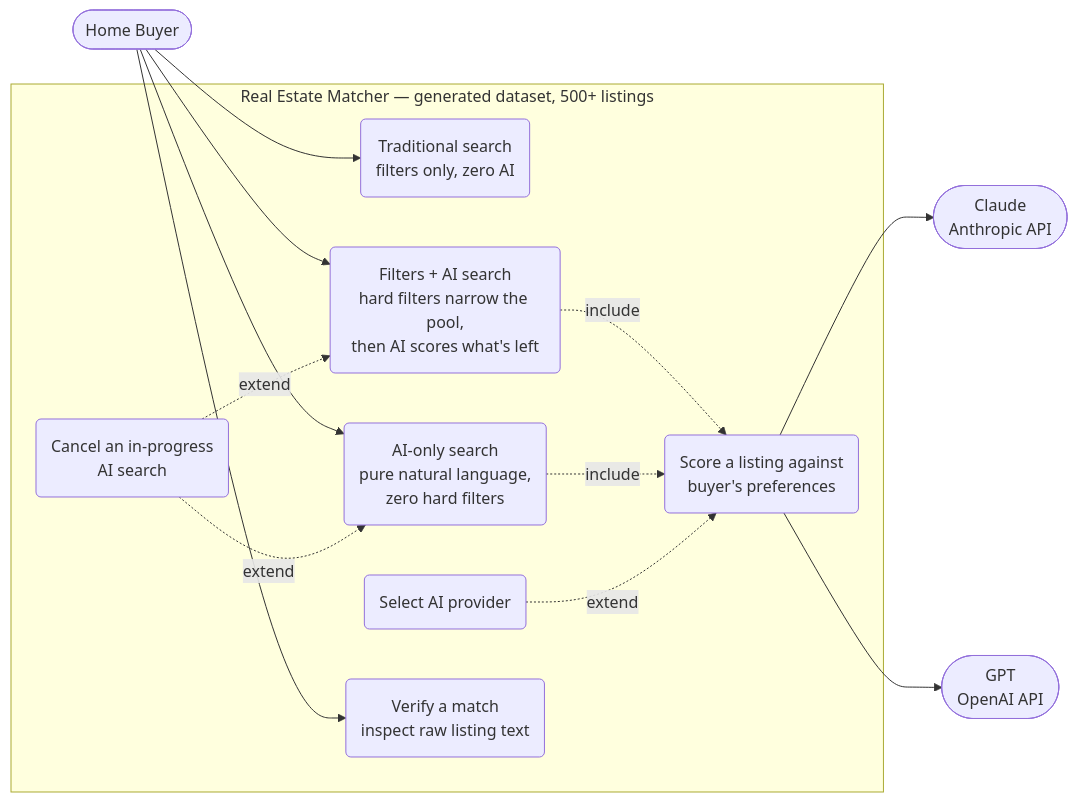
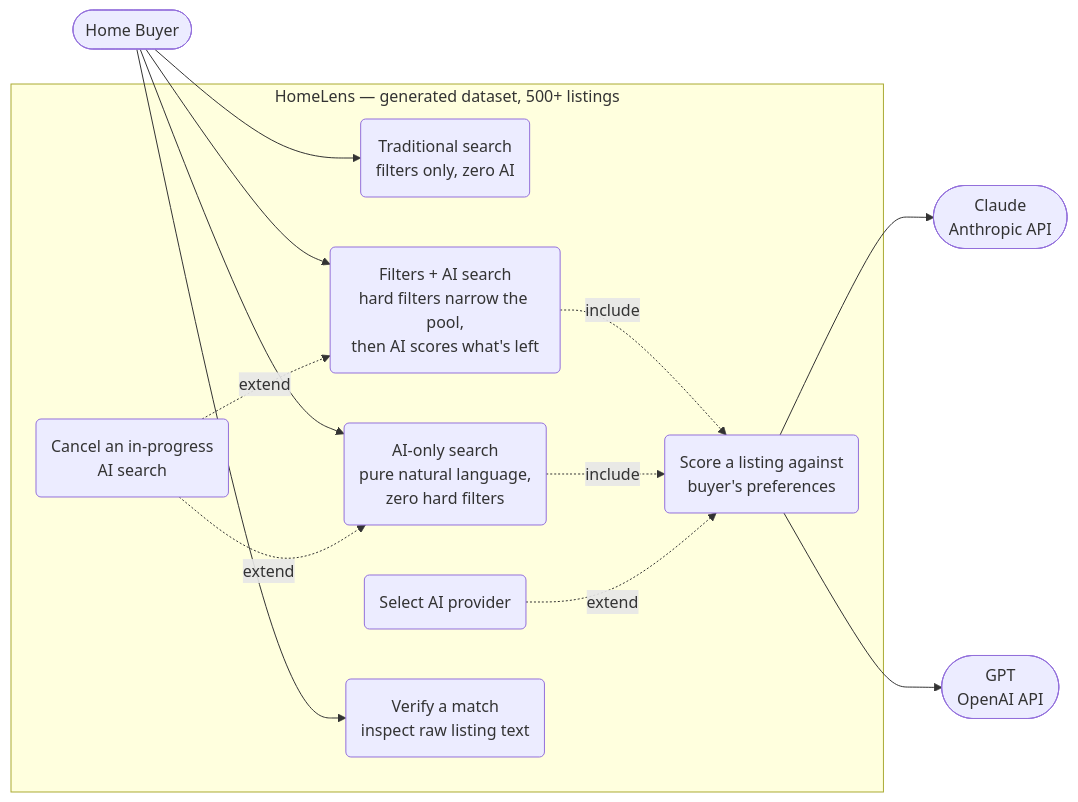
Before and after one commit to KhushbuVaishnav/HomeLens: the first of 6 diagrams in docs/architecture.md, drawn with Mermaid. The commit also changed other lines of this file and 2 other files, not shown here.

Commit message:
Rename project references from "Real Estate Matcher" to "HomeLens" in documentation and API title

````diff
--- a/docs/architecture.md
+++ b/docs/architecture.md
@@ -22,30 +22,30 @@
 ```mermaid
 flowchart LR
     Buyer([Home Buyer])
     Claude([Claude<br/>Anthropic API])
     OpenAI([GPT<br/>OpenAI API])
 
-    subgraph System["Real Estate Matcher — generated dataset, 500+ listings"]
+    subgraph System["HomeLens — generated dataset, 500+ listings"]
         UC1(Traditional search<br/>filters only, zero AI)
         UC2(Filters + AI search<br/>hard filters narrow the pool,<br/>then AI scores what's left)
         UC3(AI-only search<br/>pure natural language,<br/>zero hard filters)
         UC4(Cancel an in-progress<br/>AI search)
         UC5(Select AI provider)
         UC6(Verify a match<br/>inspect raw listing text)
         UC7(Score a listing against<br/>buyer's preferences)
     end
 
     Buyer --> UC1
     Buyer --> UC2
     Buyer --> UC3
     Buyer --> UC6
 
     UC2 -. include .-> UC7
     UC3 -. include .-> UC7
     UC4 -. extend .-> UC2
     UC4 -. extend .-> UC3
     UC5 -. extend .-> UC7
 
     UC7 --> Claude
     UC7 --> OpenAI
 ```
````
